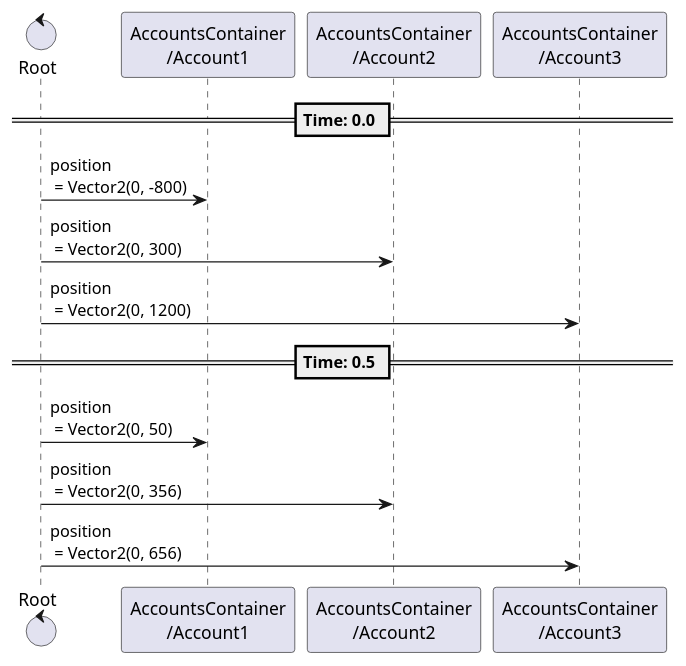
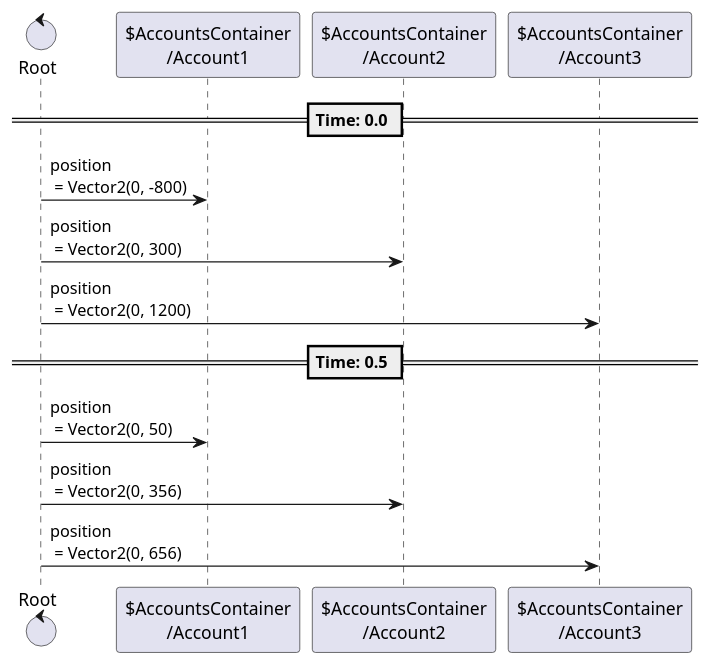
One commit to tkmfujise/Platformer-Game-Learning changed the fifth of 9 diagrams in content/scenes/src/beginning/accounts/accounts.tscn.adoc. Above: the diagram before and after it, drawn with PlantUML. The commit also changed other lines of this file and 31 other files, not shown here.

Commit message:
Add prefix $ to node name in animation sequences

```diff
--- a/content/scenes/src/beginning/accounts/accounts.tscn.adoc
+++ b/content/scenes/src/beginning/accounts/accounts.tscn.adoc
@@ -267,20 +267,20 @@
 [plantuml]
 ....
-control "Root" as Root
-participant "AccountsContainer\n/Account1" as T0
-participant "AccountsContainer\n/Account2" as T1
-participant "AccountsContainer\n/Account3" as T2
+control "Root" as R
+participant "$AccountsContainer\n/Account1" as T0
+participant "$AccountsContainer\n/Account2" as T1
+participant "$AccountsContainer\n/Account3" as T2
 
 
 
 == Time: 0.0 ==
-Root  ->  T0 : position\n = Vector2(0, -800)
-Root  ->  T1 : position\n = Vector2(0, 300)
-Root  ->  T2 : position\n = Vector2(0, 1200)
+R  ->  T0 : position\n = Vector2(0, -800)
+R  ->  T1 : position\n = Vector2(0, 300)
+R  ->  T2 : position\n = Vector2(0, 1200)
 == Time: 0.5 ==
-Root  ->  T0 : position\n = Vector2(0, 50)
-Root  ->  T1 : position\n = Vector2(0, 356)
-Root  ->  T2 : position\n = Vector2(0, 656)
+R  ->  T0 : position\n = Vector2(0, 50)
+R  ->  T1 : position\n = Vector2(0, 356)
+R  ->  T2 : position\n = Vector2(0, 656)
 
 
 ....
```
